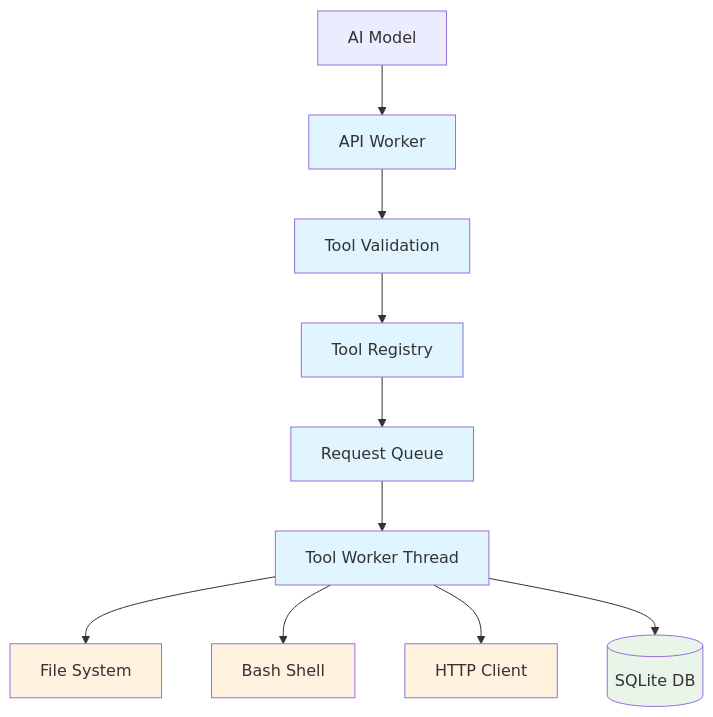
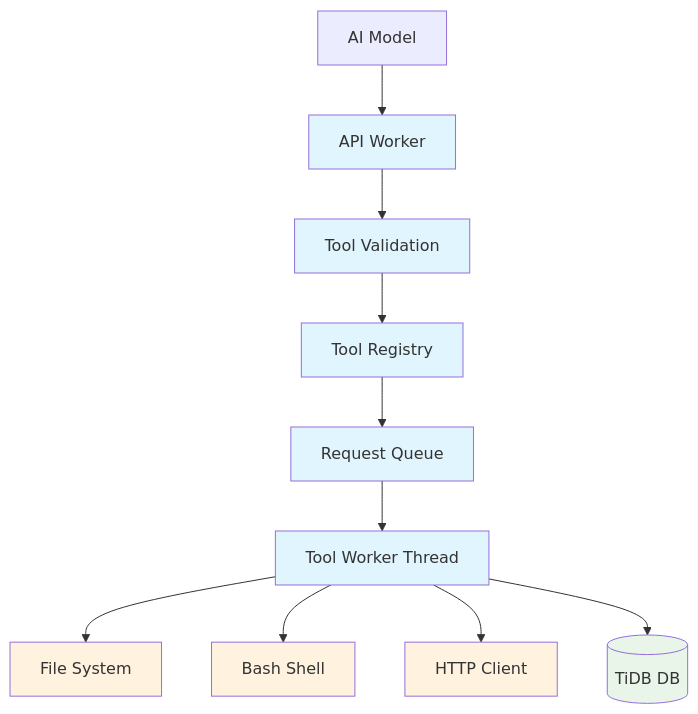
One commit to gokr/niffler changed the first of 3 diagrams in doc/TOOLS.md. Above: the diagram before and after it, drawn with Mermaid. The commit also changed 2 other files, not shown here.

Commit message:
docs: Update configuration and tools documentation for TiDB

````diff
--- a/doc/TOOLS.md
+++ b/doc/TOOLS.md
@@ -11,20 +11,20 @@
 ```mermaid
 graph TB
     LLM[AI Model] --> API[API Worker]
     API --> Validation[Tool Validation]
     Validation --> Registry[Tool Registry]
     Registry --> Queue[Request Queue]
     Queue --> Worker[Tool Worker Thread]
     Worker --> FileSystem[File System]
     Worker --> Shell[Bash Shell]
     Worker --> Network[HTTP Client]
-    Worker --> Database[(SQLite DB)]
+    Worker --> Database[(TiDB DB)]
 
     classDef process fill:#e1f5fe
     classDef storage fill:#e8f5e8
     classDef external fill:#fff3e0
 
     class API,Validation,Registry,Queue,Worker process
     class Database storage
     class FileSystem,Shell,Network external
 ```
````
